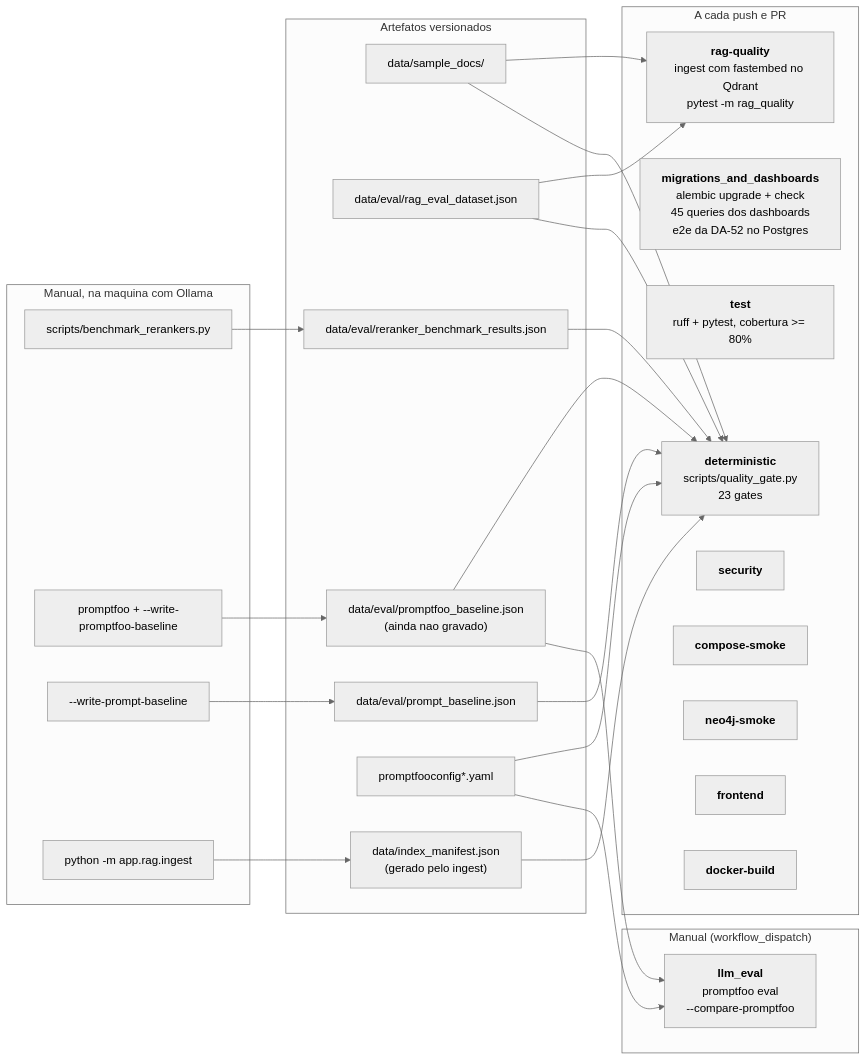
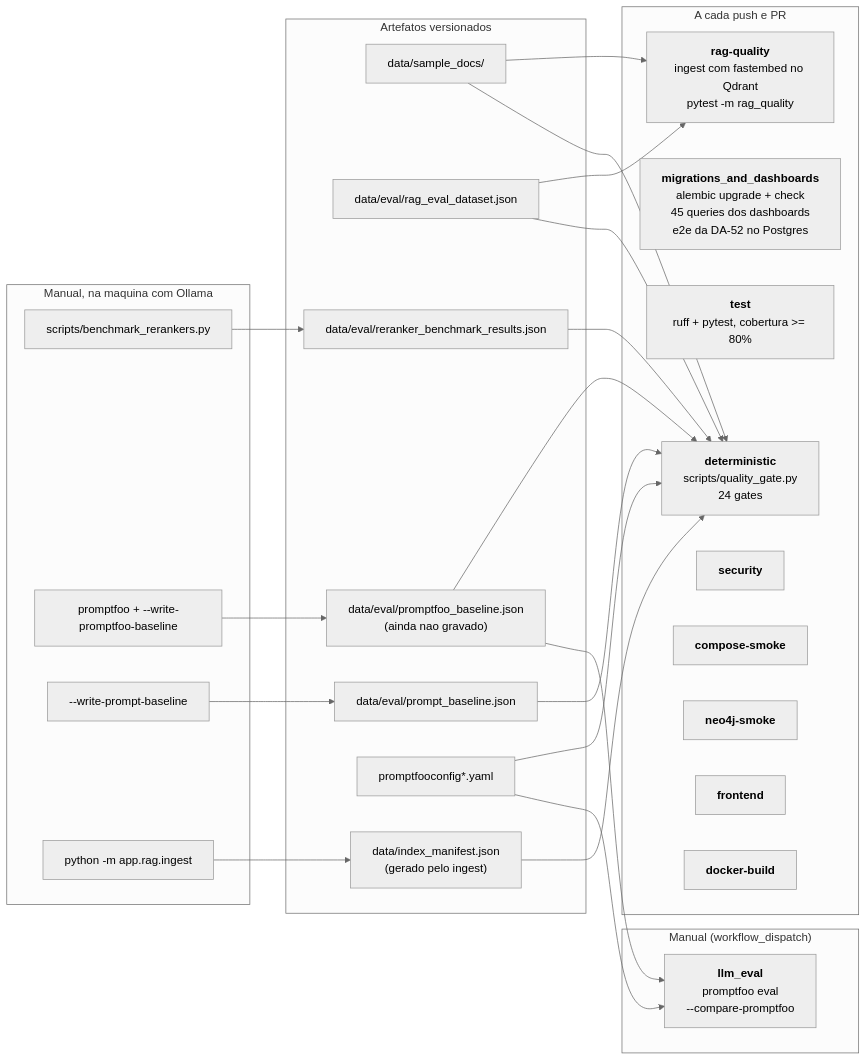
The diagram in docs/QUALITY_GATES.md (marcos-slima/integration-incident-copilot), drawn with Mermaid (neutral theme) before and after one commit. The commit also changed other lines of this file and 92 other files, not shown here.

````diff
--- a/docs/QUALITY_GATES.md
+++ b/docs/QUALITY_GATES.md
@@ -62,51 +63,51 @@
 ```mermaid
 flowchart LR
     subgraph artefatos["Artefatos versionados"]
         docs["data/sample_docs/"]
         ds["data/eval/rag_eval_dataset.json"]
         rb["data/eval/reranker_benchmark_results.json"]
         pb["data/eval/prompt_baseline.json"]
         fb["data/eval/promptfoo_baseline.json<br/>(ainda nao gravado)"]
         cfg["promptfooconfig*.yaml"]
         mf["data/index_manifest.json<br/>(gerado pelo ingest)"]
     end
 
     subgraph pr["A cada push e PR"]
-        det["<b>deterministic</b><br/>scripts/quality_gate.py<br/>23 gates"]
+        det["<b>deterministic</b><br/>scripts/quality_gate.py<br/>24 gates"]
         mig["<b>migrations_and_dashboards</b><br/>alembic upgrade + check<br/>45 queries dos dashboards<br/>e2e da DA-52 no Postgres"]
         tst["<b>test</b><br/>ruff + pytest, cobertura >= 80%"]
         rq["<b>rag-quality</b><br/>ingest com fastembed no Qdrant<br/>pytest -m rag_quality"]
         sec["<b>security</b>"]
         cs["<b>compose-smoke</b>"]
         n4["<b>neo4j-smoke</b>"]
         fe["<b>frontend</b>"]
         db["<b>docker-build</b>"]
     end
 
     subgraph agenda["Manual (workflow_dispatch)"]
         llm["<b>llm_eval</b><br/>promptfoo eval<br/>--compare-promptfoo"]
     end
 
     subgraph manual["Manual, na maquina com Ollama"]
         bm["scripts/benchmark_rerankers.py"]
         pf["promptfoo + --write-promptfoo-baseline"]
         pd["--write-prompt-baseline"]
         ing["python -m app.rag.ingest"]
     end
 
     docs --> rq
     ds --> rq
     ds --> det
     docs --> det
     rb --> det
     pb --> det
     cfg --> det
     fb --> det
     mf --> det
     cfg --> llm
     fb --> llm
     bm --> rb
     pf --> fb
     pd --> pb
     ing --> mf
 ```
````
